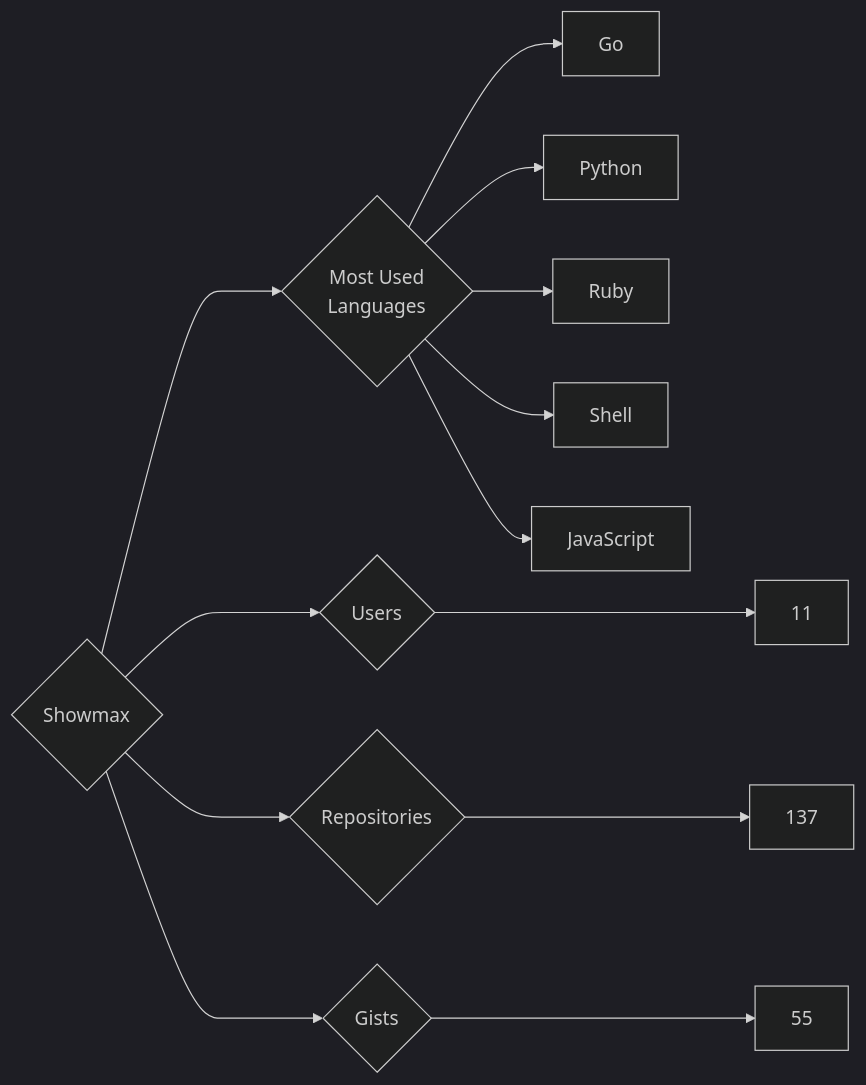
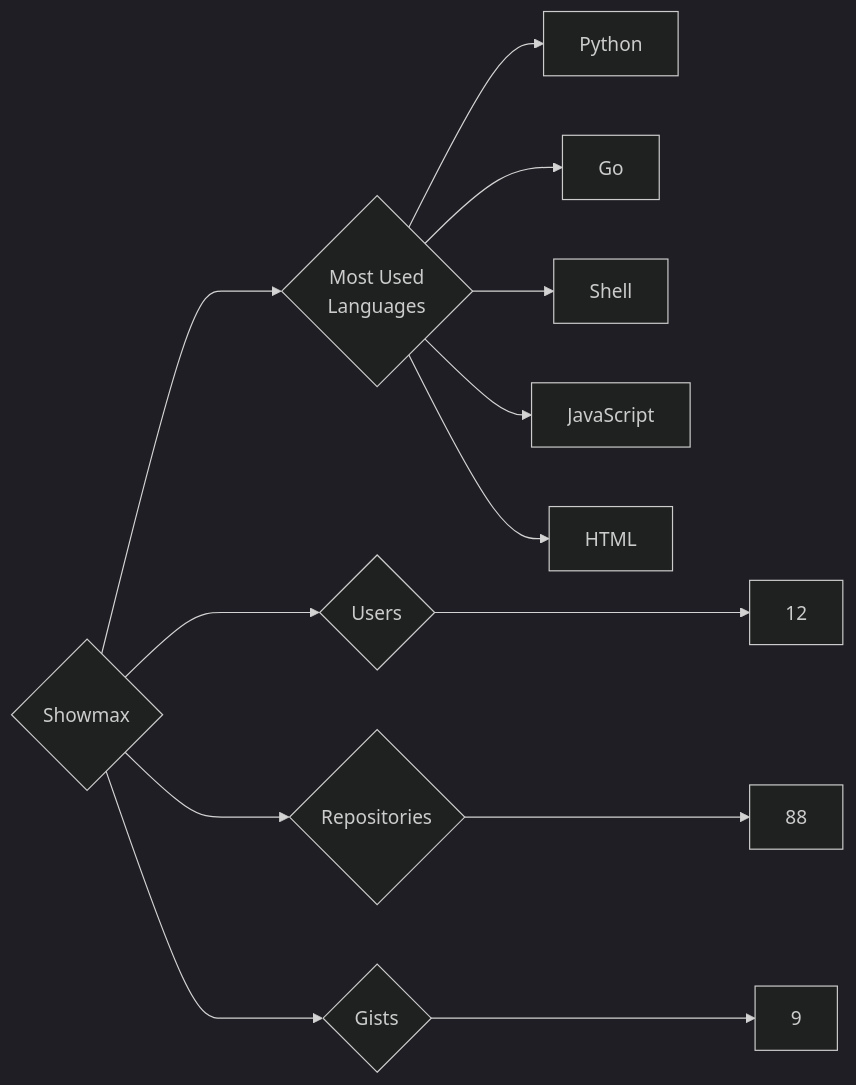
Before and after one commit to trickest/insiders: the diagram in targets/Showmax/README.md, drawn with Mermaid (dark theme). The commit also changed 972 other files, not shown here.

````diff
--- a/targets/Showmax/README.md
+++ b/targets/Showmax/README.md
@@ -3,13 +3,13 @@
 ```mermaid
 graph LR
 COMPANY_NAME{Showmax}
-COMPANY_NAME ---> U{Users} ---> UN[11]
-COMPANY_NAME ---> R{Repositories} ---> RN[137]
-COMPANY_NAME ---> G{Gists} ---> GN[55]
+COMPANY_NAME ---> U{Users} ---> UN[12]
+COMPANY_NAME ---> R{Repositories} ---> RN[88]
+COMPANY_NAME ---> G{Gists} ---> GN[9]
 COMPANY_NAME ---> ML{Most Used<br>Languages}
+ML --> Python[Python]
 ML --> Go[Go]
-ML --> Python[Python]
-ML --> Ruby[Ruby]
 ML --> Shell[Shell]
 ML --> JavaScript[JavaScript]
+ML --> HTML[HTML]
 ```
````
